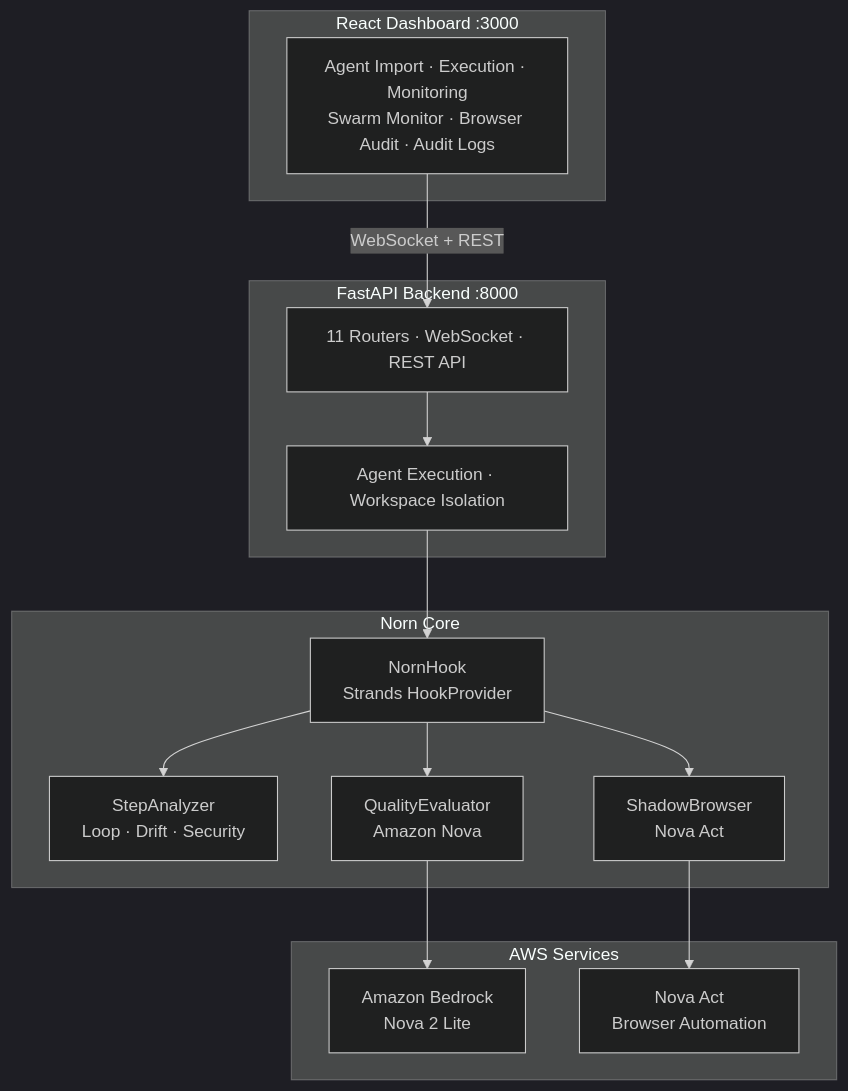
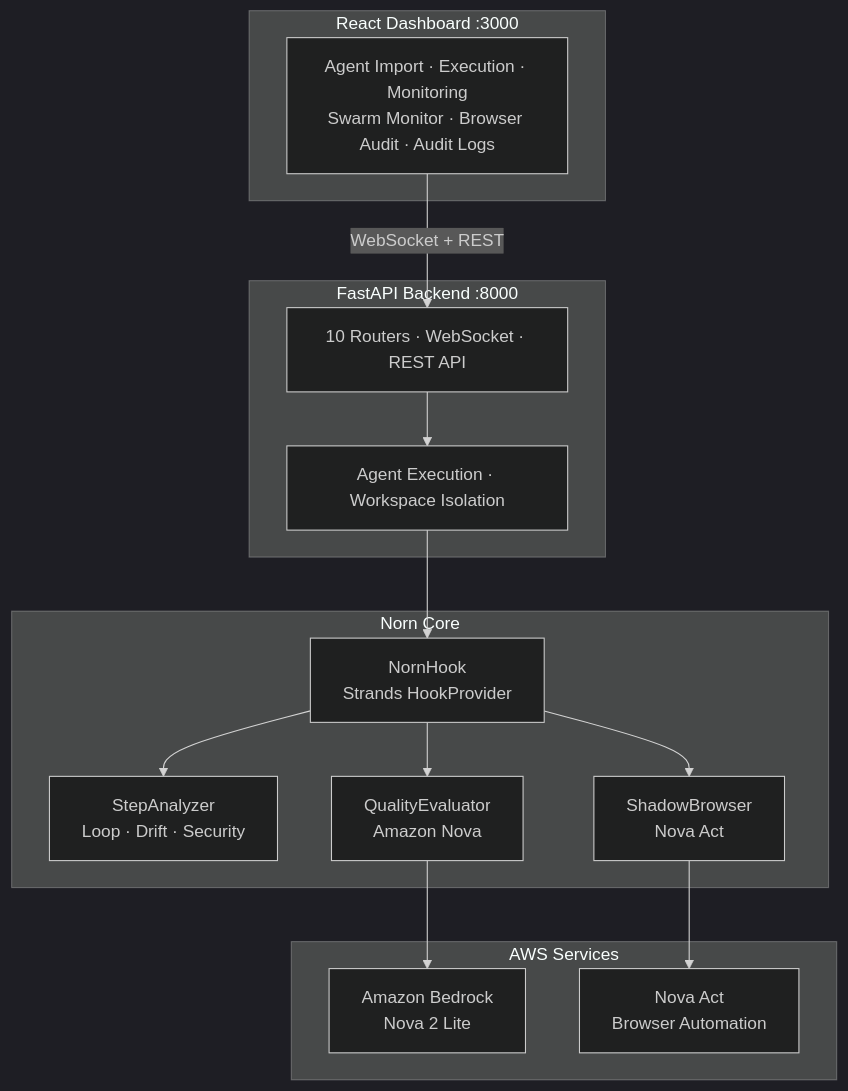
Before and after one commit to hashtagemy/phantomguard: the diagram in README.md, drawn with Mermaid (dark theme).

Commit message:
fix: correct router count from 11 to 10 in README

````diff
--- a/README.md
+++ b/README.md
@@ -328,32 +328,32 @@
 ```mermaid
 graph TB
     subgraph Dashboard["React Dashboard :3000"]
         UI[Agent Import · Execution · Monitoring<br/>Swarm Monitor · Browser Audit · Audit Logs]
     end
 
     subgraph Backend["FastAPI Backend :8000"]
-        API[11 Routers · WebSocket · REST API]
+        API[10 Routers · WebSocket · REST API]
         Runner[Agent Execution · Workspace Isolation]
     end
 
     subgraph Core["Norn Core"]
         Hook[NornHook<br/>Strands HookProvider]
         Analyzer[StepAnalyzer<br/>Loop · Drift · Security]
         Evaluator[QualityEvaluator<br/>Amazon Nova]
         Browser[ShadowBrowser<br/>Nova Act]
     end
 
     subgraph AWS["AWS Services"]
         Bedrock[Amazon Bedrock<br/>Nova 2 Lite]
         NovaAct[Nova Act<br/>Browser Automation]
     end
 
     UI -->|WebSocket + REST| API
     API --> Runner
     Runner --> Hook
     Hook --> Analyzer
     Hook --> Evaluator
     Evaluator --> Bedrock
     Hook --> Browser
     Browser --> NovaAct
 ```
````
